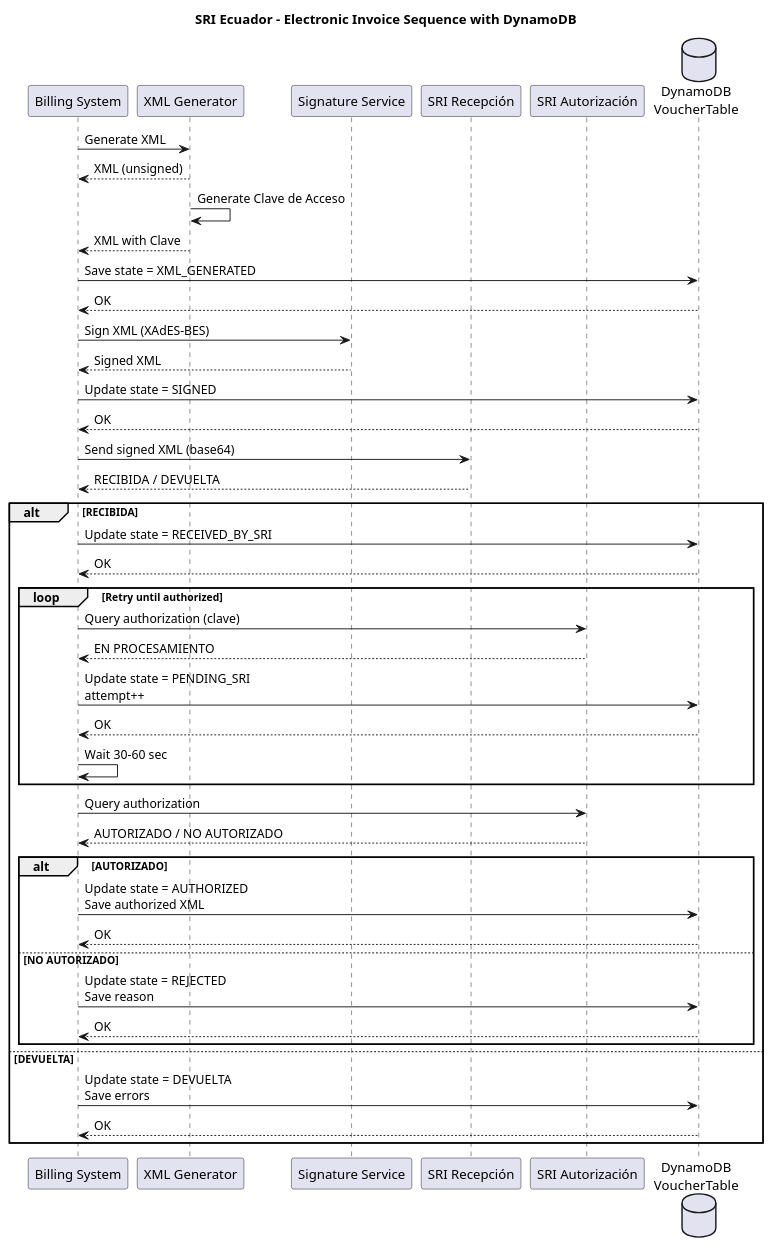
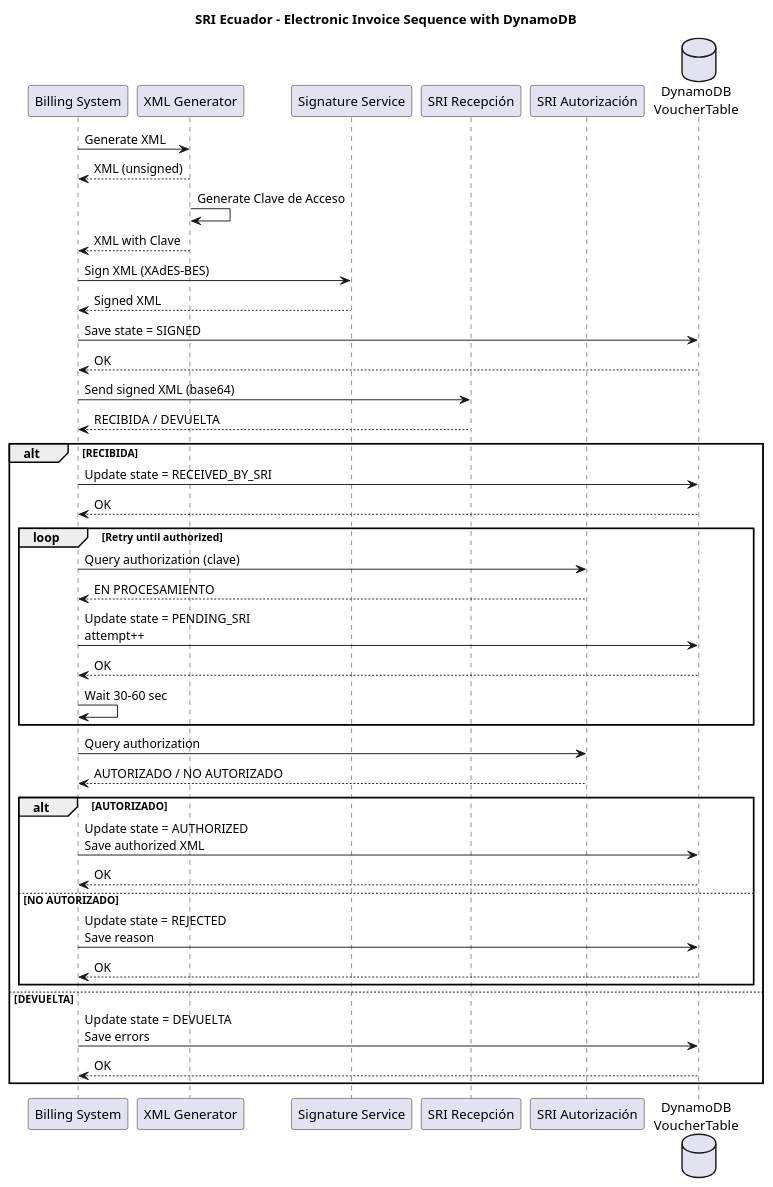
The diagram in docs/sequence.puml (wlatrujillo/facturero-sri-api), drawn with PlantUML before and after one commit. The commit also changed 5 other files, not shown here.

```diff
--- a/docs/sequence.puml
+++ b/docs/sequence.puml
@@ -1,59 +1,57 @@
 @startuml
 title SRI Ecuador - Electronic Invoice Sequence with DynamoDB
 
 participant "Billing System" as SYS
 participant "XML Generator" as XML
 participant "Signature Service" as SIGN
 participant "SRI Recepción" as REC
 participant "SRI Autorización" as AUT
 database "DynamoDB\nVoucherTable" as DB
 
 SYS -> XML: Generate XML
 XML --> SYS: XML (unsigned)
 
 XML -> XML: Generate Clave de Acceso
 XML --> SYS: XML with Clave
 
-SYS -> DB: Save state = XML_GENERATED
-DB --> SYS: OK
 
 SYS -> SIGN: Sign XML (XAdES-BES)
 SIGN --> SYS: Signed XML
 
-SYS -> DB: Update state = SIGNED
+SYS -> DB: Save state = SIGNED
 DB --> SYS: OK
 
 SYS -> REC: Send signed XML (base64)
 REC --> SYS: RECIBIDA / DEVUELTA
 
 alt RECIBIDA
   SYS -> DB: Update state = RECEIVED_BY_SRI
   DB --> SYS: OK
 
   loop Retry until authorized
     SYS -> AUT: Query authorization (clave)
     AUT --> SYS: EN PROCESAMIENTO
 
     SYS -> DB: Update state = PENDING_SRI\nattempt++
     DB --> SYS: OK
 
     SYS -> SYS: Wait 30-60 sec
   end
 
   SYS -> AUT: Query authorization
   AUT --> SYS: AUTORIZADO / NO AUTORIZADO
 
   alt AUTORIZADO
     SYS -> DB: Update state = AUTHORIZED\nSave authorized XML
     DB --> SYS: OK
   else NO AUTORIZADO
     SYS -> DB: Update state = REJECTED\nSave reason
     DB --> SYS: OK
   end
 
 else DEVUELTA
   SYS -> DB: Update state = DEVUELTA\nSave errors
   DB --> SYS: OK
 end
 
 @enduml
```
